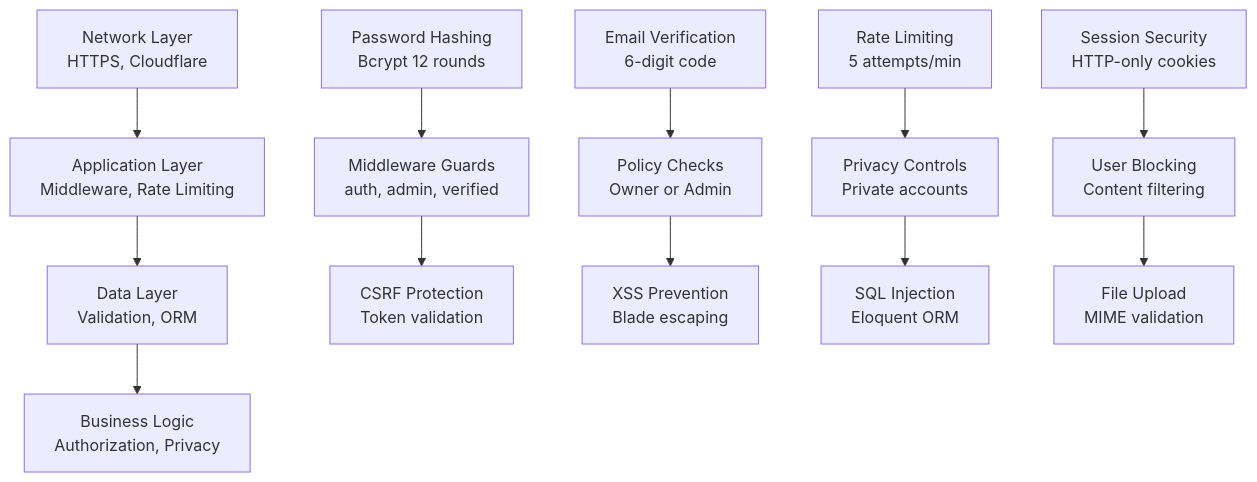
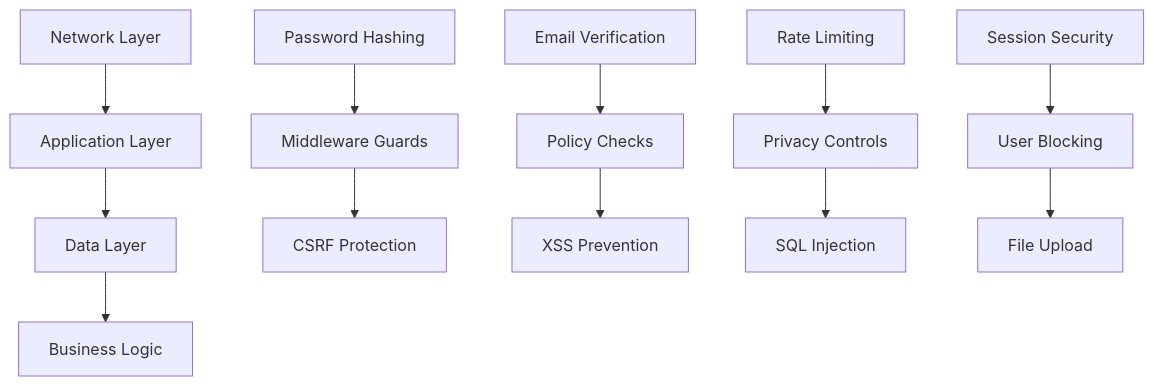
Before and after one commit to vd120/laravel_project: diagram 28 of 29 in UML.md, drawn with Mermaid. The commit also changed other lines of this file, not shown here.

````diff
--- a/UML.md
+++ b/UML.md
@@ -1347,31 +1327,31 @@
 ```mermaid
 flowchart TB
-    L1[Network Layer<br/>HTTPS, Cloudflare]
-    L2[Application Layer<br/>Middleware, Rate Limiting]
-    L3[Data Layer<br/>Validation, ORM]
-    L4[Business Logic<br/>Authorization, Privacy]
-    A1[Password Hashing<br/>Bcrypt 12 rounds]
-    A2[Email Verification<br/>6-digit code]
-    A3[Rate Limiting<br/>5 attempts/min]
-    A4[Session Security<br/>HTTP-only cookies]
-    Z1[Middleware Guards<br/>auth, admin, verified]
-    Z2[Policy Checks<br/>Owner or Admin]
-    Z3[Privacy Controls<br/>Private accounts]
-    Z4[User Blocking<br/>Content filtering]
-    P1[CSRF Protection<br/>Token validation]
-    P2[XSS Prevention<br/>Blade escaping]
-    P3[SQL Injection<br/>Eloquent ORM]
-    P4[File Upload<br/>MIME validation]
+    L1[Network Layer]
+    L2[Application Layer]
+    L3[Data Layer]
+    L4[Business Logic]
+    A1[Password Hashing]
+    A2[Email Verification]
+    A3[Rate Limiting]
+    A4[Session Security]
+    Z1[Middleware Guards]
+    Z2[Policy Checks]
+    Z3[Privacy Controls]
+    Z4[User Blocking]
+    P1[CSRF Protection]
+    P2[XSS Prevention]
+    P3[SQL Injection]
+    P4[File Upload]
 
     L1 --> L2
     L2 --> L3
     L3 --> L4
     A1 --> Z1
     A2 --> Z2
     A3 --> Z3
     A4 --> Z4
     Z1 --> P1
     Z2 --> P2
     Z3 --> P3
     Z4 --> P4
 ```
````
